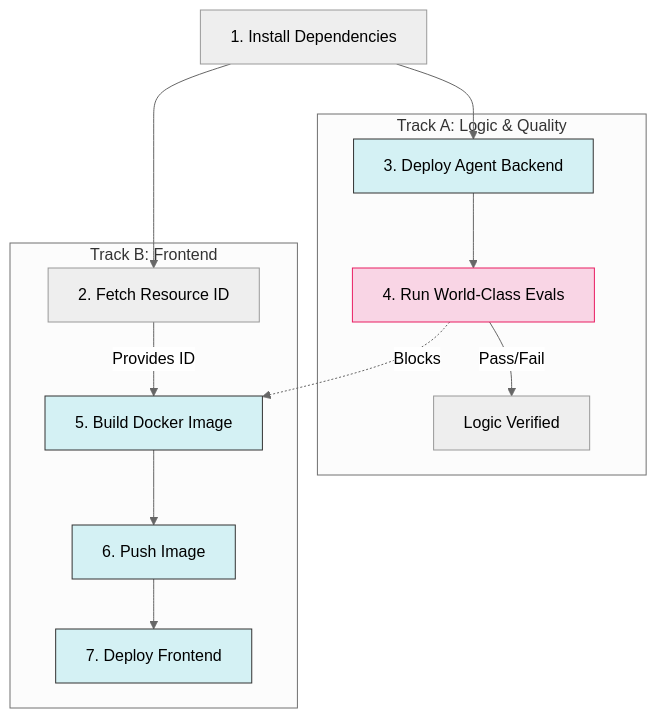
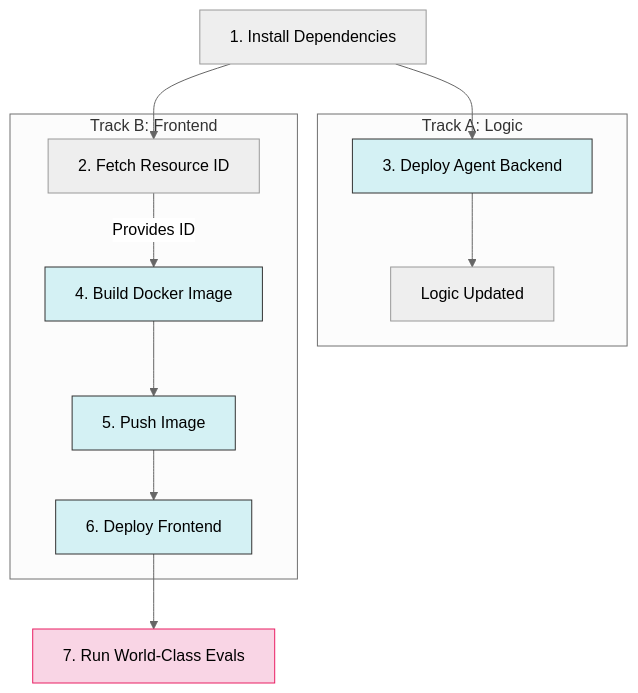
The diagram in docs/infrastructure/DEPLOYMENT.md (srtux/sre-agent), drawn with Mermaid (neutral theme) before and after one commit. The commit also changed other lines of this file and 22 other files, not shown here.

````diff
--- a/docs/infrastructure/DEPLOYMENT.md
+++ b/docs/infrastructure/DEPLOYMENT.md
@@ -11,24 +11,23 @@
 ```mermaid
 graph TD
     A[1. Install Dependencies] --> B[2. Fetch Resource ID]
     A --> C[3. Deploy Agent Backend]
 
-    subgraph "Track A: Logic & Quality"
-    C --> D[4. Run World-Class Evals]
-    D --> |Pass/Fail| C_End[Logic Verified]
+    subgraph "Track A: Logic"
+    C --> C_End[Logic Updated]
     end
 
     subgraph "Track B: Frontend"
-    B --> |Provides ID| E[5. Build Docker Image]
-    E --> F[6. Push Image]
-    F --> G[7. Deploy Frontend]
+    B --> |Provides ID| E[4. Build Docker Image]
+    E --> F[5. Push Image]
+    F --> G[6. Deploy Frontend]
     end
 
-    D -.-> |Blocks| E
+    G --> H[7. Run World-Class Evals]
 
     style C fill:#d4f1f4,stroke:#333
-    style D fill:#f9d5e5,stroke:#e91e63
     style E fill:#d4f1f4,stroke:#333
     style F fill:#d4f1f4,stroke:#333
     style G fill:#d4f1f4,stroke:#333
+    style H fill:#f9d5e5,stroke:#e91e63
 ```
````
